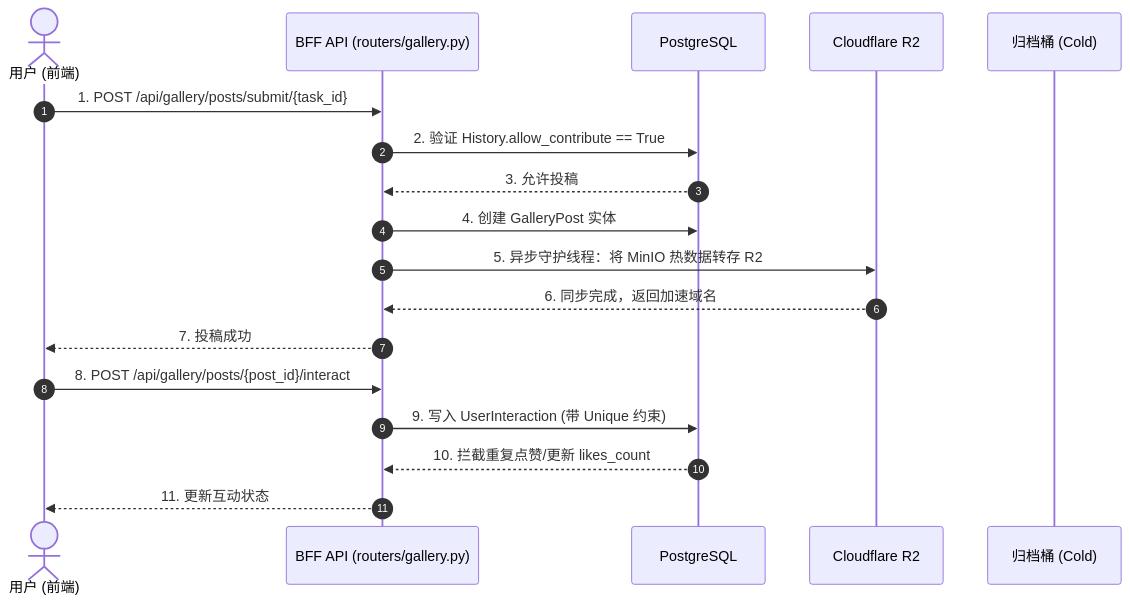
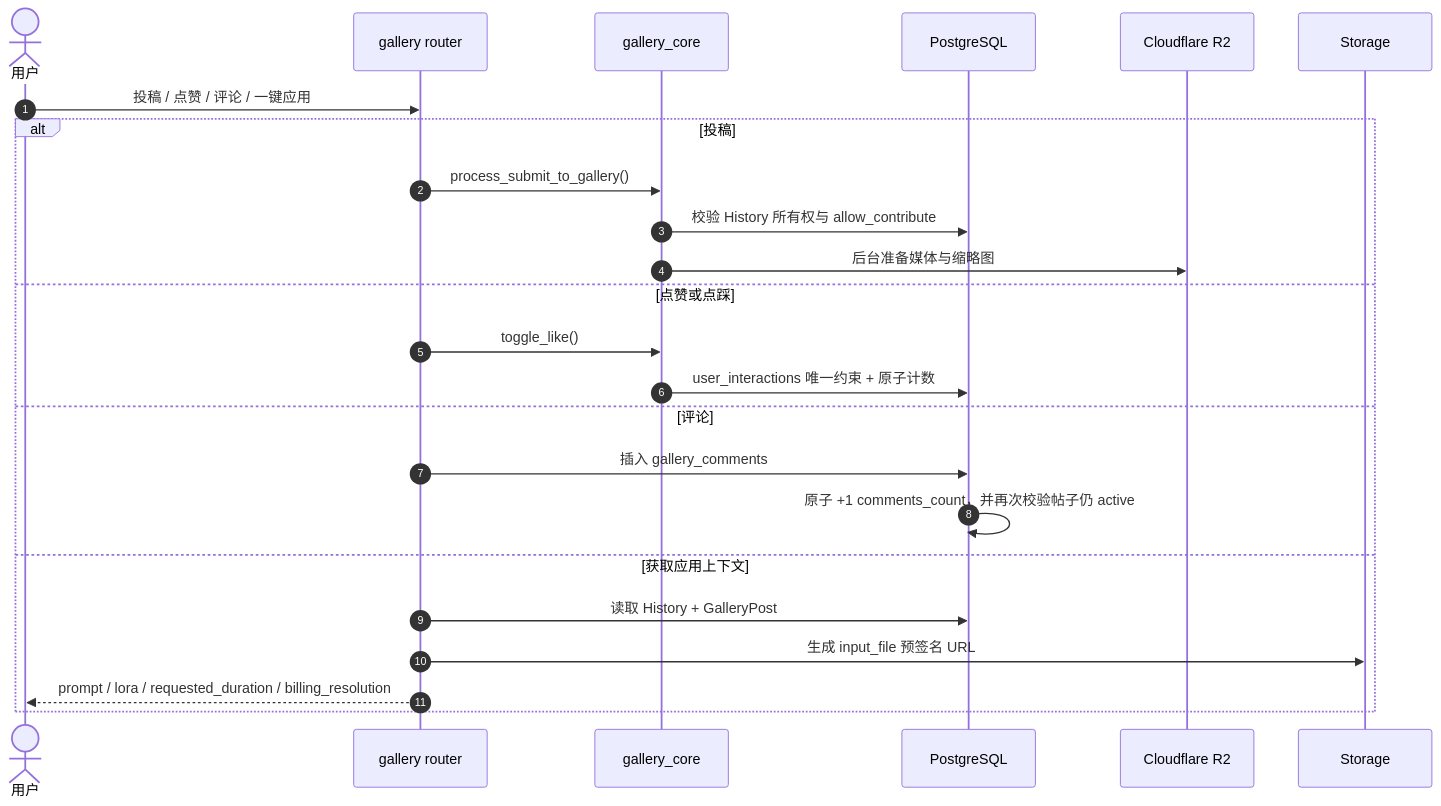
One commit to giraffu/All_bot changed the diagram in docs/子模块_社区与存储_gallery_storage.md. Above: the diagram before and after it, drawn with Mermaid. The commit also changed other lines of this file and 23 other files, not shown here.

````diff
--- a/docs/子模块_社区与存储_gallery_storage.md
+++ b/docs/子模块_社区与存储_gallery_storage.md
@@ -39,21 +24,27 @@
 ```mermaid
 sequenceDiagram
     autonumber
-    actor U as 用户 (前端)
-    participant API as BFF API (routers/gallery.py)
+    actor U as 用户
+    participant API as gallery router
+    participant Core as gallery_core
     participant PG as PostgreSQL
     participant R2 as Cloudflare R2
-    participant MinIO as 归档桶 (Cold)
+    participant S as Storage
 
-    U->>API: 1. POST /api/gallery/posts/submit/{task_id}
-    API->>PG: 2. 验证 History.allow_contribute == True
-    PG-->>API: 3. 允许投稿
-    API->>PG: 4. 创建 GalleryPost 实体
-    API->>R2: 5. 异步守护线程：将 MinIO 热数据转存 R2
-    R2-->>API: 6. 同步完成，返回加速域名
-    API-->>U: 7. 投稿成功
-    U->>API: 8. POST /api/gallery/posts/{post_id}/interact
-    API->>PG: 9. 写入 UserInteraction (带 Unique 约束)
-    PG-->>API: 10. 拦截重复点赞/更新 likes_count
-    API-->>U: 11. 更新互动状态
+    U->>API: 投稿 / 点赞 / 评论 / 一键应用
+    alt 投稿
+        API->>Core: process_submit_to_gallery()
+        Core->>PG: 校验 History 所有权与 allow_contribute
+        Core->>R2: 后台准备媒体与缩略图
+    else 点赞或点踩
+        API->>Core: toggle_like()
+        Core->>PG: user_interactions 唯一约束 + 原子计数
+    else 评论
+        API->>PG: 插入 gallery_comments
+        PG->>PG: 原子 +1 comments_count，并再次校验帖子仍 active
+    else 获取应用上下文
+        API->>PG: 读取 History + GalleryPost
+        API->>S: 生成 input_file 预签名 URL
+        API-->>U: prompt / lora / requested_duration / billing_resolution
+    end
 ```
````
